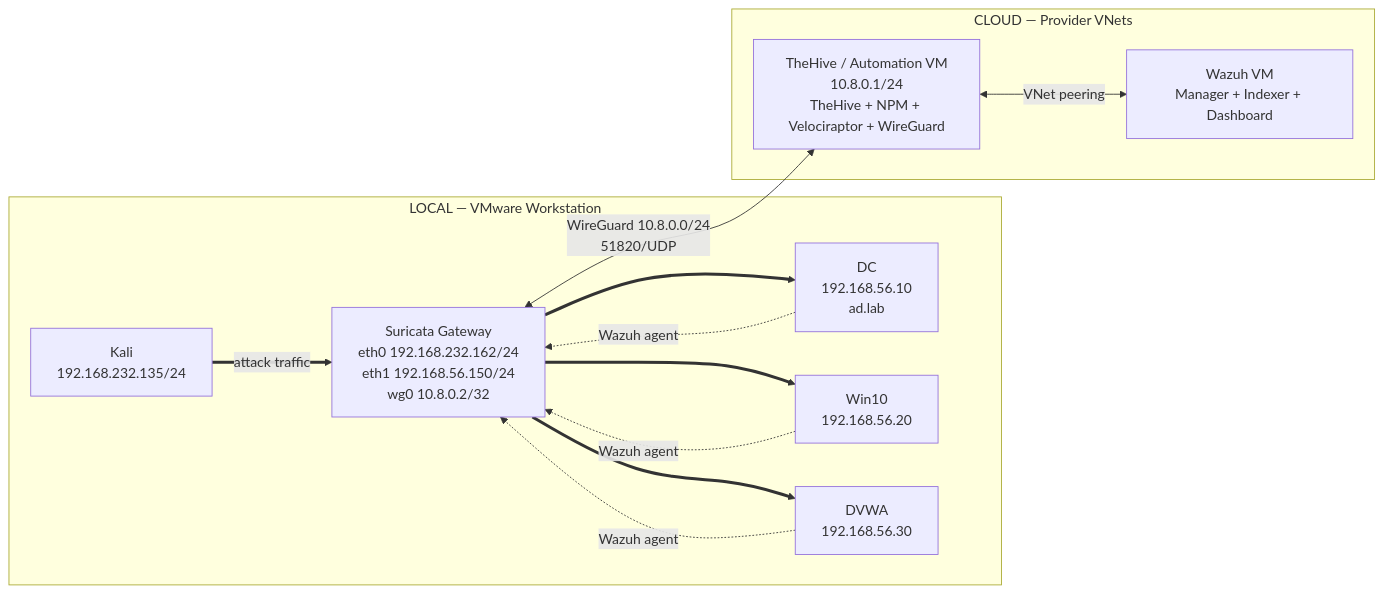
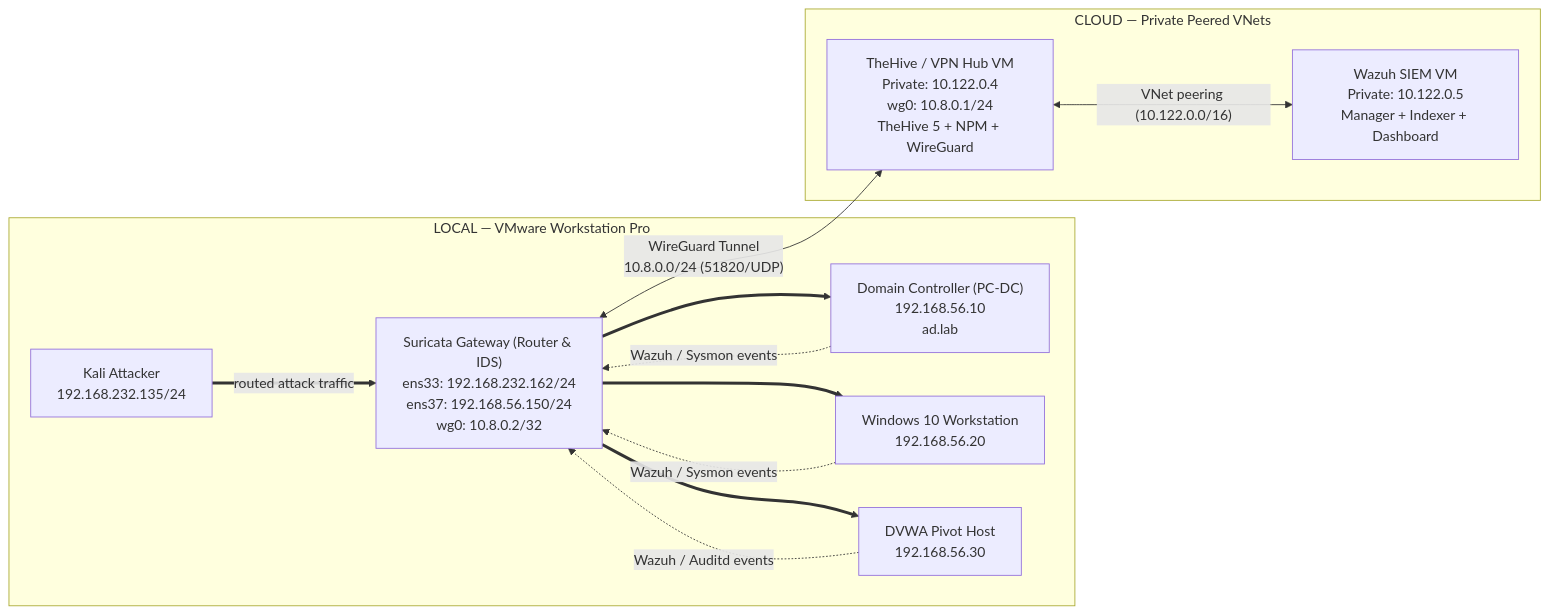
One commit to EclipseManic/SOC-Lab changed the diagram in 01-Lab-Setup/architecture.md. Above: the diagram before and after it, drawn with Mermaid. The commit also changed other lines of this file and 51 other files, not shown here.

````diff
--- a/01-Lab-Setup/architecture.md
+++ b/01-Lab-Setup/architecture.md
@@ -23,27 +23,27 @@
 ```mermaid
 flowchart LR
-    subgraph LOCAL["LOCAL — VMware Workstation"]
-        K["Kali\n192.168.232.135/24"]
-        SG["Suricata Gateway\neth0 192.168.232.162/24\neth1 192.168.56.150/24\nwg0 10.8.0.2/32"]
-        DC["DC\n192.168.56.10\nad.lab"]
-        W10["Win10\n192.168.56.20"]
-        DVWA["DVWA\n192.168.56.30"]
+    subgraph LOCAL["LOCAL — VMware Workstation Pro"]
+        K["Kali Attacker\n192.168.232.135/24"]
+        SG["Suricata Gateway (Router & IDS)\nens33: 192.168.232.162/24\nens37: 192.168.56.150/24\nwg0: 10.8.0.2/32"]
+        DC["Domain Controller (PC-DC)\n192.168.56.10\nad.lab"]
+        W10["Windows 10 Workstation\n192.168.56.20"]
+        DVWA["DVWA Pivot Host\n192.168.56.30"]
 
-        K ==>|"attack traffic"| SG
+        K ==>|"routed attack traffic"| SG
         SG ==> DC
         SG ==> W10
         SG ==> DVWA
-        DC -.->|"Wazuh agent"| SG
-        W10 -.->|"Wazuh agent"| SG
-        DVWA -.->|"Wazuh agent"| SG
+        DC -.->|"Wazuh / Sysmon events"| SG
+        W10 -.->|"Wazuh / Sysmon events"| SG
+        DVWA -.->|"Wazuh / Auditd events"| SG
     end
 
-    subgraph CLOUD["CLOUD — Provider VNets"]
-        HUB["TheHive / Automation VM\n10.8.0.1/24\nTheHive + NPM + Velociraptor + WireGuard"]
-        WZ["Wazuh VM\nManager + Indexer + Dashboard"]
+    subgraph CLOUD["CLOUD — Private Peered VNets"]
+        HUB["TheHive / VPN Hub VM\nPrivate: 10.122.0.4\nwg0: 10.8.0.1/24\nTheHive 5 + NPM + WireGuard"]
+        WZ["Wazuh SIEM VM\nPrivate: 10.122.0.5\nManager + Indexer + Dashboard"]
 
-        HUB <-->|"VNet peering"| WZ
+        HUB <-->|"VNet peering (10.122.0.0/16)"| WZ
     end
 
-    SG <-->|"WireGuard 10.8.0.0/24\n51820/UDP"| HUB
+    SG <-->|"WireGuard Tunnel\n10.8.0.0/24 (51820/UDP)"| HUB
 ```
````
